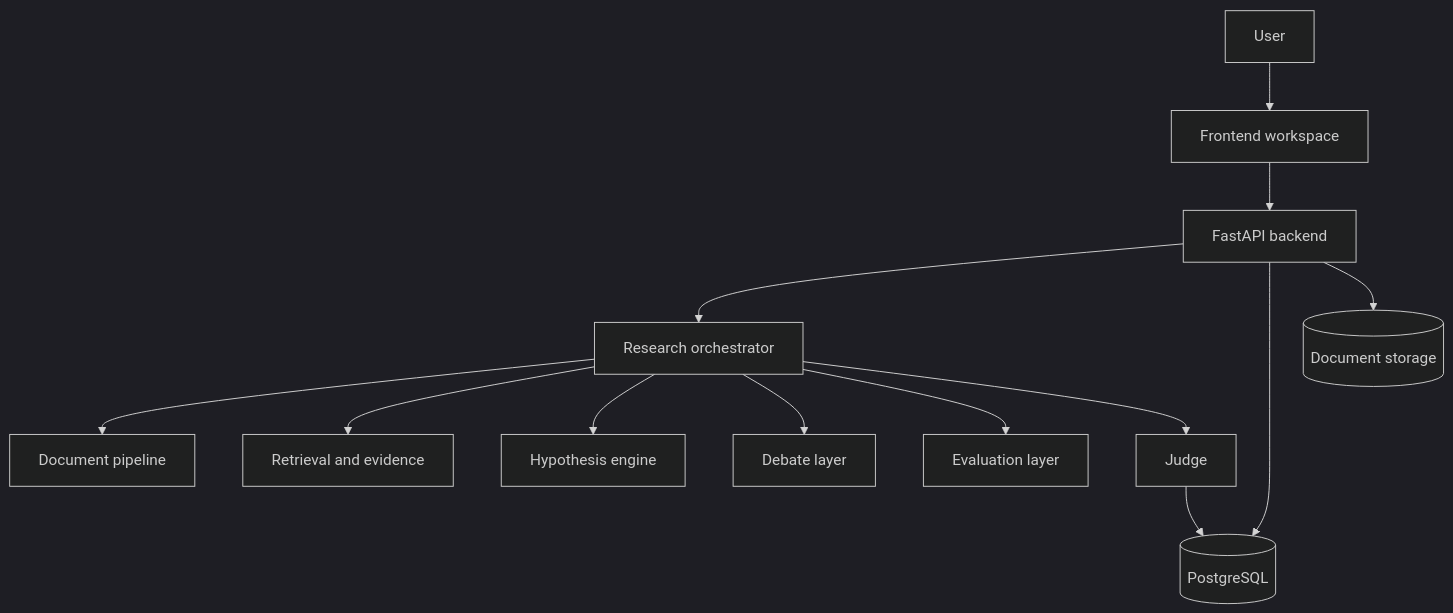
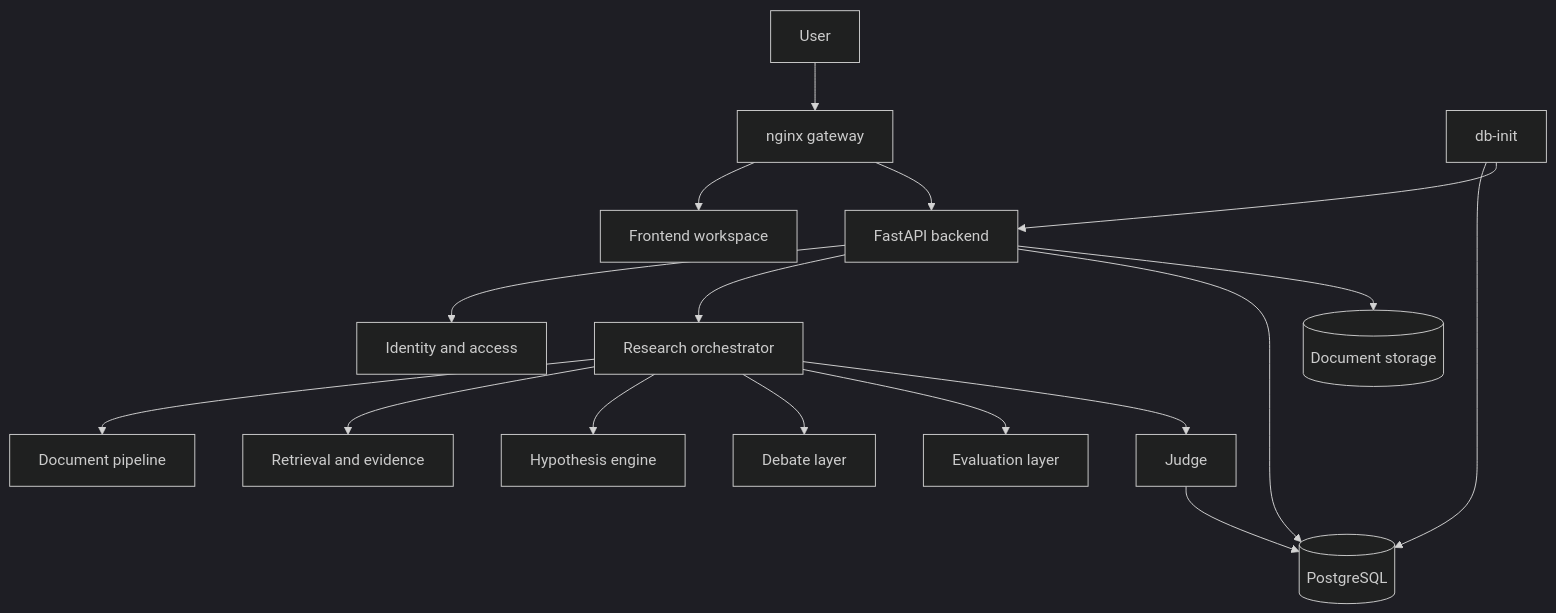
The first of 2 diagrams in docs/architecture/02-System-Architecture.md (KroJIak/hypothesis-court), drawn with Mermaid (dark theme) before and after one commit. The commit also changed other lines of this file and 13 other files, not shown here.

First line of the commit message:
Refactor architecture documentation: reorganize backend and database sections, enhance clarity and detail

````diff
--- a/docs/architecture/02-System-Architecture.md
+++ b/docs/architecture/02-System-Architecture.md
@@ -25,15 +28,19 @@
 ```mermaid
 flowchart TD
-    U[User] --> FE[Frontend workspace]
-    FE --> API[FastAPI backend]
+    U[User] --> N[nginx gateway]
+    N --> FE[Frontend workspace]
+    N --> API[FastAPI backend]
+    API --> IAM[Identity and access]
     API --> ORCH[Research orchestrator]
     API --> DB[(PostgreSQL)]
     API --> STORE[(Document storage)]
+    DBI[db-init] --> DB
+    DBI --> API
     ORCH --> DOC[Document pipeline]
     ORCH --> RET[Retrieval and evidence]
     ORCH --> HYP[Hypothesis engine]
     ORCH --> DEB[Debate layer]
     ORCH --> EVA[Evaluation layer]
     ORCH --> J[Judge]
     J --> DB
 ```
````
